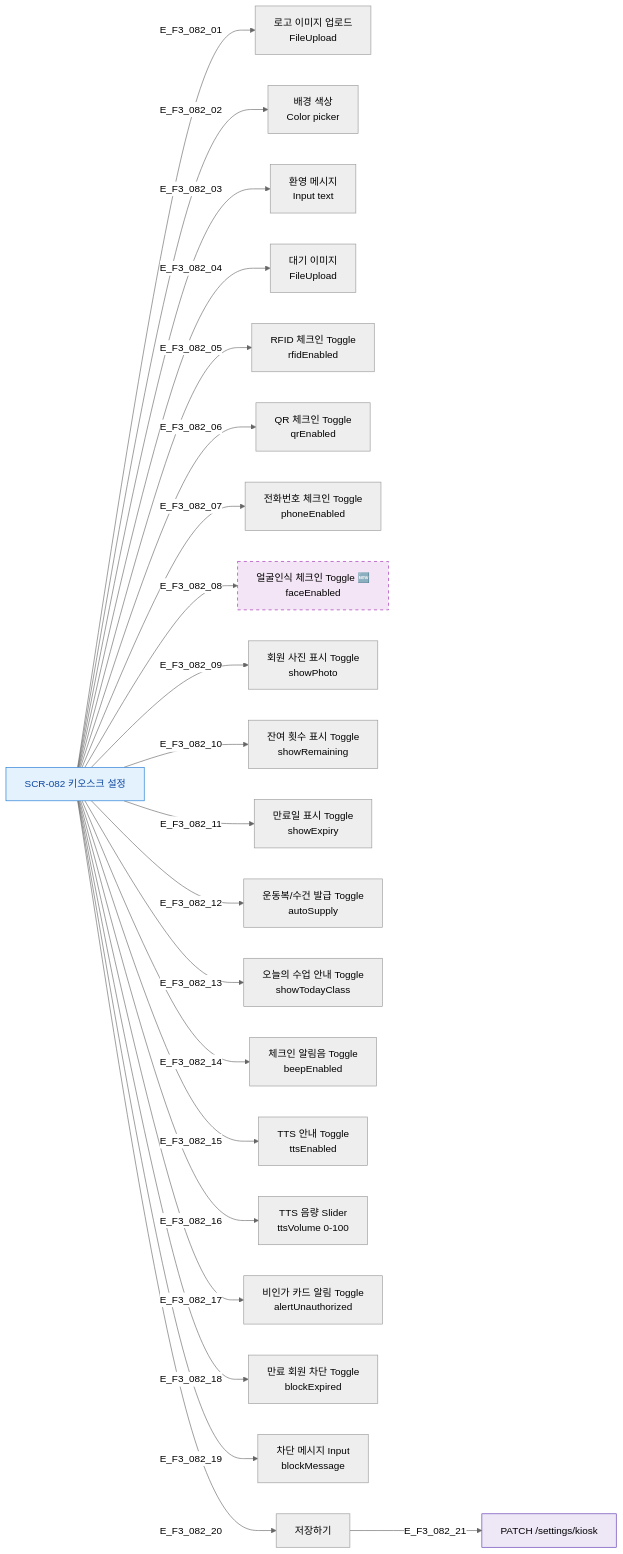
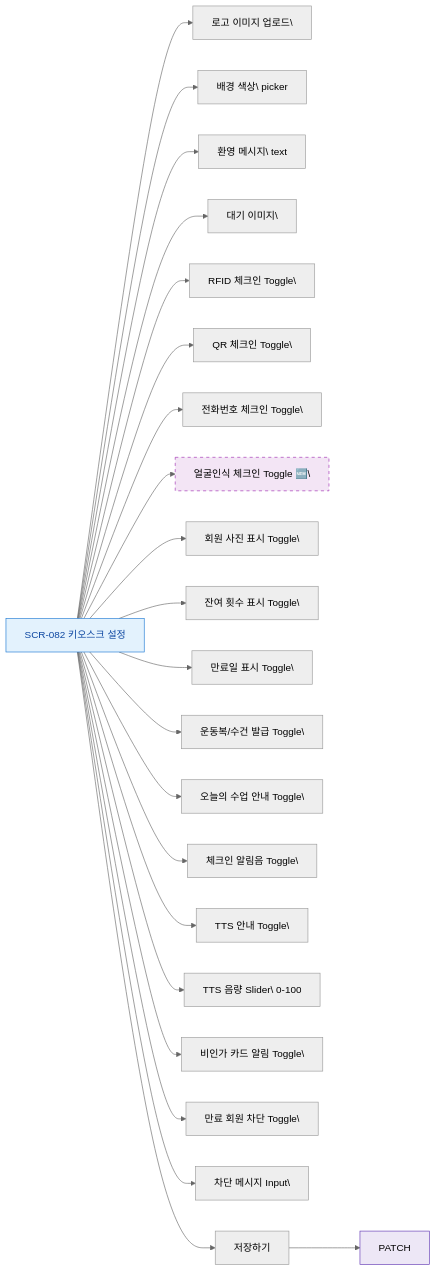
The diagram in docs/다이어그램/D09_설정관리/SCR-082_키오스크설정/F3_버튼액션.md (dev-spogym/admin-pando), drawn with Mermaid (neutral theme) before and after one commit. The commit also changed other lines of this file and 1660 other files, not shown here.

First line of the commit message:
다이어그램: 기획자/클라이언트 납품본으로 정리

````diff
--- a/docs/다이어그램/D09_설정관리/SCR-082_키오스크설정/F3_버튼액션.md
+++ b/docs/다이어그램/D09_설정관리/SCR-082_키오스크설정/F3_버튼액션.md
@@ -14,38 +12,38 @@
 ```mermaid
 flowchart LR
     SCR082[SCR-082 키오스크 설정]
 
-    SCR082 -->|E_F3_082_01| BTN_LOGO[로고 이미지 업로드\nFileUpload]
-    SCR082 -->|E_F3_082_02| BTN_BG[배경 색상\nColor picker]
-    SCR082 -->|E_F3_082_03| BTN_WELCOME[환영 메시지\nInput text]
-    SCR082 -->|E_F3_082_04| BTN_IDLE[대기 이미지\nFileUpload]
+    SCR082 --> BTN_LOGO[로고 이미지 업로드\]
+    SCR082 --> BTN_BG[배경 색상\ picker]
+    SCR082 --> BTN_WELCOME[환영 메시지\ text]
+    SCR082 --> BTN_IDLE[대기 이미지\]
 
-    SCR082 -->|E_F3_082_05| TGL_RFID[RFID 체크인 Toggle\nrfidEnabled]
-    SCR082 -->|E_F3_082_06| TGL_QR[QR 체크인 Toggle\nqrEnabled]
-    SCR082 -->|E_F3_082_07| TGL_PHONE[전화번호 체크인 Toggle\nphoneEnabled]
-    SCR082 -->|E_F3_082_08| TGL_FACE[얼굴인식 체크인 Toggle 🆕\nfaceEnabled]
+    SCR082 --> TGL_RFID[RFID 체크인 Toggle\]
+    SCR082 --> TGL_QR[QR 체크인 Toggle\]
+    SCR082 --> TGL_PHONE[전화번호 체크인 Toggle\]
+    SCR082 --> TGL_FACE[얼굴인식 체크인 Toggle 🆕\]
 
-    SCR082 -->|E_F3_082_09| TGL_PHOTO[회원 사진 표시 Toggle\nshowPhoto]
-    SCR082 -->|E_F3_082_10| TGL_REMAIN[잔여 횟수 표시 Toggle\nshowRemaining]
-    SCR082 -->|E_F3_082_11| TGL_EXPIRY[만료일 표시 Toggle\nshowExpiry]
-    SCR082 -->|E_F3_082_12| TGL_SUPPLY[운동복/수건 발급 Toggle\nautoSupply]
-    SCR082 -->|E_F3_082_13| TGL_CLASS[오늘의 수업 안내 Toggle\nshowTodayClass]
+    SCR082 --> TGL_PHOTO[회원 사진 표시 Toggle\]
+    SCR082 --> TGL_REMAIN[잔여 횟수 표시 Toggle\]
+    SCR082 --> TGL_EXPIRY[만료일 표시 Toggle\]
+    SCR082 --> TGL_SUPPLY[운동복/수건 발급 Toggle\]
+    SCR082 --> TGL_CLASS[오늘의 수업 안내 Toggle\]
 
-    SCR082 -->|E_F3_082_14| TGL_BEEP[체크인 알림음 Toggle\nbeepEnabled]
-    SCR082 -->|E_F3_082_15| TGL_TTS[TTS 안내 Toggle\nttsEnabled]
-    SCR082 -->|E_F3_082_16| SLD_TTS[TTS 음량 Slider\nttsVolume 0-100]
+    SCR082 --> TGL_BEEP[체크인 알림음 Toggle\]
+    SCR082 --> TGL_TTS[TTS 안내 Toggle\]
+    SCR082 --> SLD_TTS[TTS 음량 Slider\ 0-100]
 
-    SCR082 -->|E_F3_082_17| TGL_ALERT[비인가 카드 알림 Toggle\nalertUnauthorized]
-    SCR082 -->|E_F3_082_18| TGL_BLOCK[만료 회원 차단 Toggle\nblockExpired]
-    SCR082 -->|E_F3_082_19| INP_BLOCKMSG[차단 메시지 Input\nblockMessage]
+    SCR082 --> TGL_ALERT[비인가 카드 알림 Toggle\]
+    SCR082 --> TGL_BLOCK[만료 회원 차단 Toggle\]
+    SCR082 --> INP_BLOCKMSG[차단 메시지 Input\]
 
-    SCR082 -->|E_F3_082_20| BTN_SAVE[저장하기]
-    BTN_SAVE -->|E_F3_082_21| ACT_SAVE[PATCH /settings/kiosk]
+    SCR082 --> BTN_SAVE[저장하기]
+    BTN_SAVE --> ACT_SAVE[PATCH]
 
     classDef screen fill:#E3F2FD,stroke:#1976D2,color:#0D47A1
     classDef newFeature fill:#F3E5F5,stroke:#9C27B0,stroke-dasharray:5 5
     classDef system fill:#EDE7F6,stroke:#5E35B2
     class SCR082 screen
     class TGL_FACE newFeature
     class ACT_SAVE system
 ```
````
